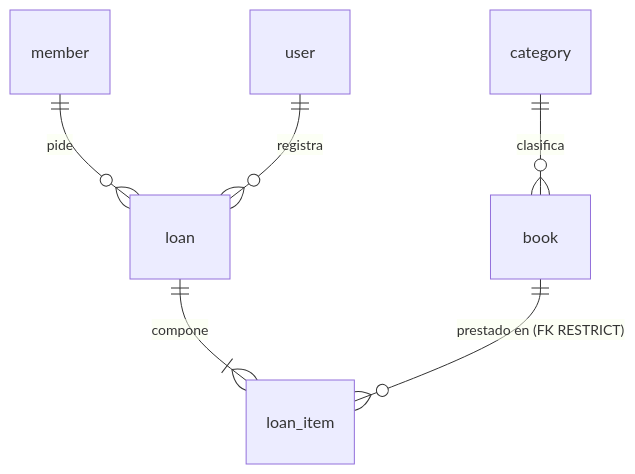
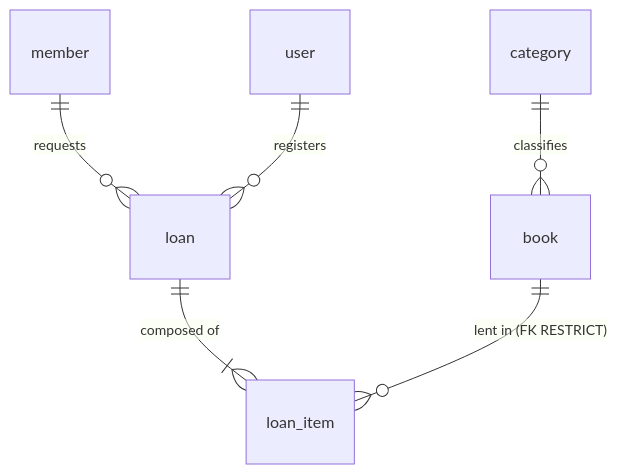
One commit to thiagxrg/test-manager-library-3145556-docs changed the diagram in spec-php/data-model.md. Above: the diagram before and after it, drawn with Mermaid. The commit also changed other lines of this file and 15 other files, not shown here.

First line of the commit message:
docs(spec-php): translate to English, strict hexagonal architecture

````diff
--- a/spec-php/data-model.md
+++ b/spec-php/data-model.md
@@ -43,8 +44,8 @@
 ```mermaid
 erDiagram
-    category ||--o{ book      : "clasifica"
-    member   ||--o{ loan      : "pide"
-    user     ||--o{ loan      : "registra"
-    loan     ||--|{ loan_item : "compone"
-    book     ||--o{ loan_item : "prestado en (FK RESTRICT)"
+    category ||--o{ book      : "classifies"
+    member   ||--o{ loan      : "requests"
+    user     ||--o{ loan      : "registers"
+    loan     ||--|{ loan_item : "composed of"
+    book     ||--o{ loan_item : "lent in (FK RESTRICT)"
 ```
````
